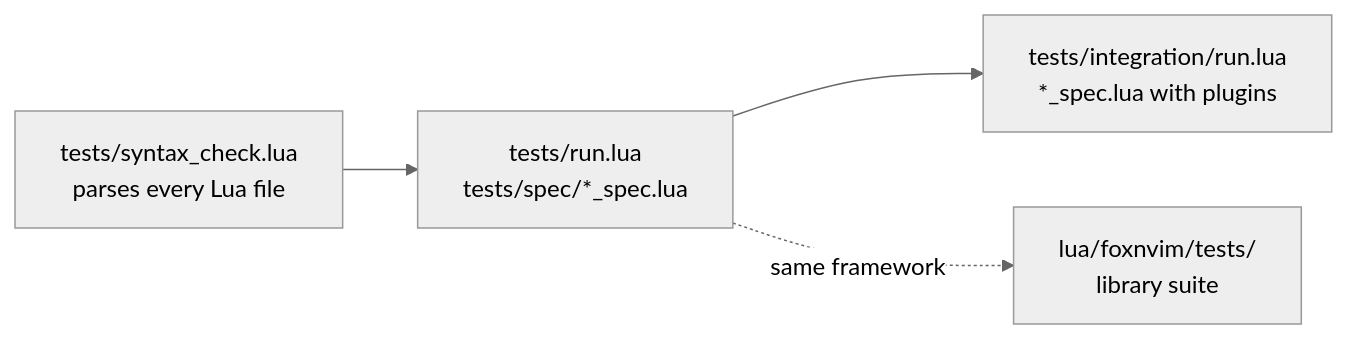
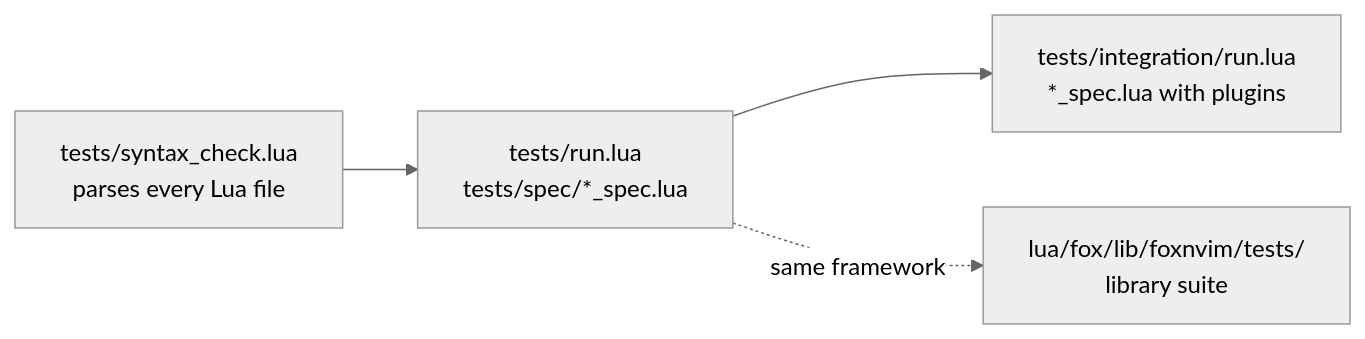
Before and after one commit to KristanLaimon/nvim: the fifth of 5 diagrams in docs/architecture.md, drawn with Mermaid (neutral theme). The commit also changed other lines of this file and 78 other files, not shown here.

````diff
--- a/docs/architecture.md
+++ b/docs/architecture.md
@@ -351,10 +351,10 @@
 ```mermaid
 graph LR
     SYNTAX["tests/syntax_check.lua<br/>parses every Lua file"]
     UNIT["tests/run.lua<br/>tests/spec/*_spec.lua"]
     INTEG["tests/integration/run.lua<br/>*_spec.lua with plugins"]
-    FOXNVIM["lua/foxnvim/tests/<br/>library suite"]
+    FOXNVIM["lua/fox/lib/foxnvim/tests/<br/>library suite"]
 
     SYNTAX --> UNIT --> INTEG
     UNIT -.same framework.-> FOXNVIM
 ```
````
